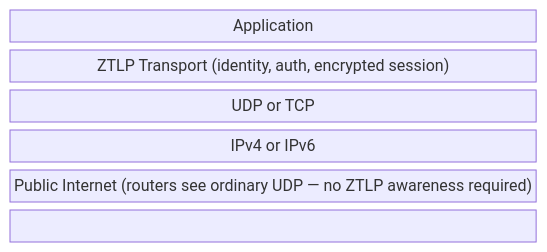
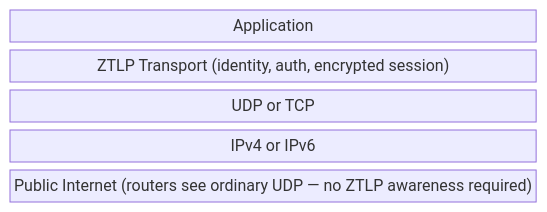
The ninth of 19 diagrams in README.md (priceflex/ztlp), drawn with Mermaid before and after one commit.

Commit message:
removed section

````diff
--- a/README.md
+++ b/README.md
@@ -2443,10 +2443,9 @@
 ```mermaid
 block-beta
   columns 1
   A["Application"]
   B["ZTLP Transport (identity, auth, encrypted session)"]
   C["UDP or TCP"]
   D["IPv4 or IPv6"]
   E["Public Internet (routers see ordinary UDP — no ZTLP awareness required)"]
-  A --> B --> C --> D --> E
 ```
````
